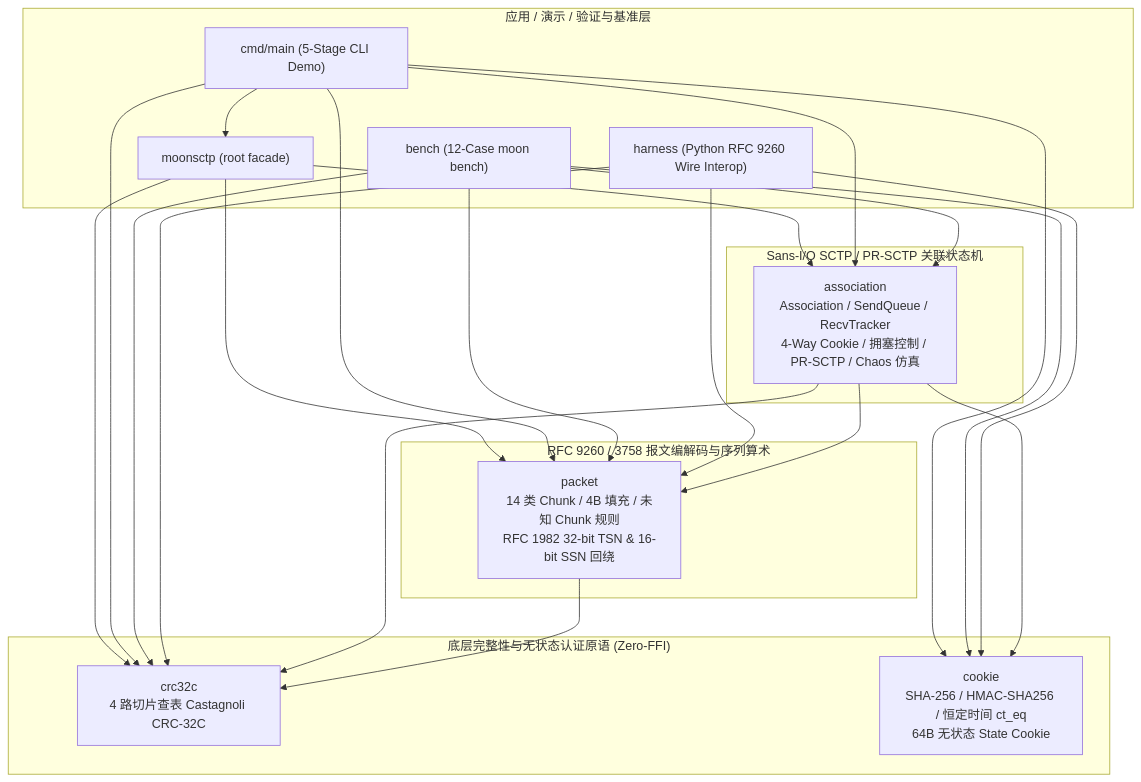
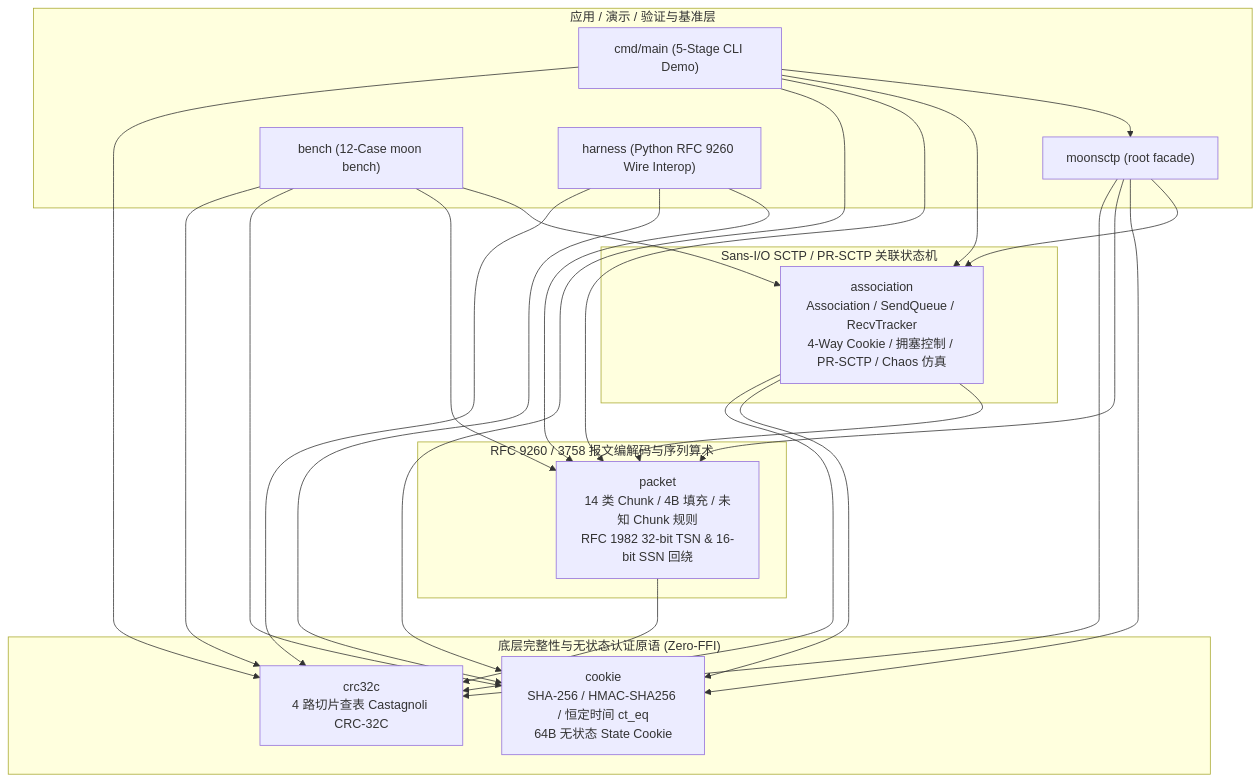
One commit to CoolrfulDARkness/moonsctp changed the diagram in docs/ARCHITECTURE.md. Above: the diagram before and after it, drawn with Mermaid. The commit also changed other lines of this file and 9 other files, not shown here.

````diff
--- a/docs/ARCHITECTURE.md
+++ b/docs/ARCHITECTURE.md
@@ -13,46 +13,47 @@
 ```mermaid
 flowchart TD
     subgraph App["应用 / 演示 / 验证与基准层"]
         ROOT["moonsctp (root facade)"]
         CMD["cmd/main (5-Stage CLI Demo)"]
         BENCH["bench (12-Case moon bench)"]
         HARNESS["harness (Python RFC 9260 Wire Interop)"]
     end
 
     subgraph Core["Sans-I/O SCTP / PR-SCTP 关联状态机"]
         ASSOC["association\nAssociation / SendQueue / RecvTracker\n4-Way Cookie / 拥塞控制 / PR-SCTP / Chaos 仿真"]
     end
 
     subgraph Wire["RFC 9260 / 3758 报文编解码与序列算术"]
         PKT["packet\n14 类 Chunk / 4B 填充 / 未知 Chunk 规则\nRFC 1982 32-bit TSN & 16-bit SSN 回绕"]
     end
 
     subgraph Prim["底层完整性与无状态认证原语 (Zero-FFI)"]
         CRC["crc32c\n4 路切片查表 Castagnoli CRC-32C"]
         COOKIE["cookie\nSHA-256 / HMAC-SHA256 / 恒定时间 ct_eq\n64B 无状态 State Cookie"]
     end
 
     ROOT --> ASSOC
+    ROOT --> COOKIE
     ROOT --> PKT
     ROOT --> CRC
     CMD --> ROOT
     CMD --> ASSOC
     CMD --> PKT
     CMD --> COOKIE
     CMD --> CRC
 
     BENCH --> ASSOC
     BENCH --> PKT
     BENCH --> COOKIE
     BENCH --> CRC
 
     HARNESS --> PKT
     HARNESS --> COOKIE
     HARNESS --> CRC
 
     ASSOC --> PKT
     ASSOC --> COOKIE
     ASSOC --> CRC
 
     PKT --> CRC
 ```
````
